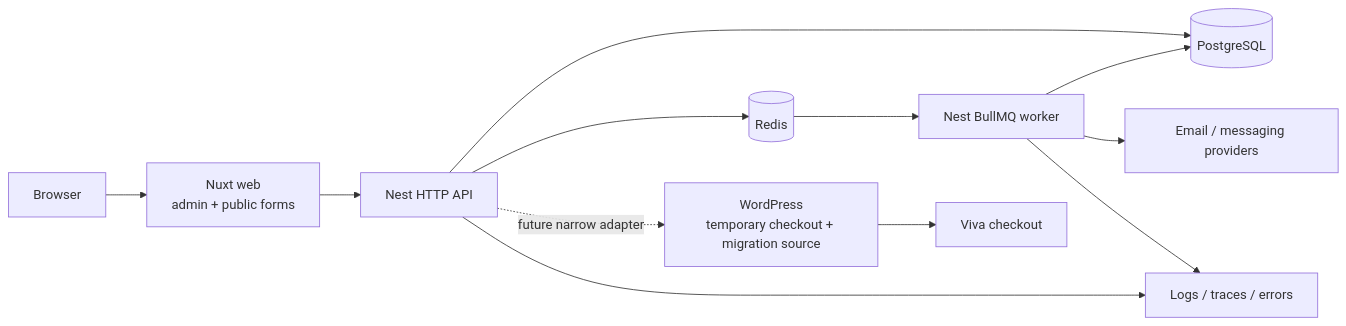
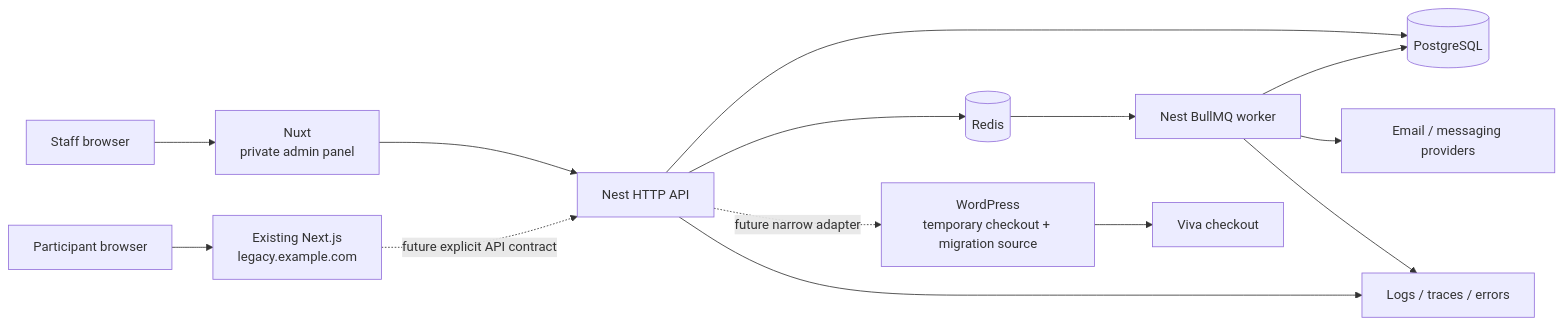
The diagram in docs/architecture.md (johnakisk0700/slopform), drawn with Mermaid before and after one commit. The commit also changed other lines of this file and 48 other files, not shown here.

````diff
--- a/docs/architecture.md
+++ b/docs/architecture.md
@@ -7,14 +15,16 @@
 ```mermaid
 flowchart LR
-  Browser["Browser"] --> Web["Nuxt web\nadmin + public forms"]
+  Staff["Staff browser"] --> Web["Nuxt\nprivate admin panel"]
   Web --> API["Nest HTTP API"]
   API --> DB[(PostgreSQL)]
   API --> Redis[(Redis)]
   Redis --> Worker["Nest BullMQ worker"]
   Worker --> DB
   Worker --> Providers["Email / messaging providers"]
   API -. "future narrow adapter" .-> WP["WordPress\ntemporary checkout + migration source"]
   WP --> Viva["Viva checkout"]
+  Participant["Participant browser"] --> Public["Existing Next.js\nlegacy.example.com"]
+  Public -. "future explicit API contract" .-> API
   API --> Obs["Logs / traces / errors"]
   Worker --> Obs
 ```
````
